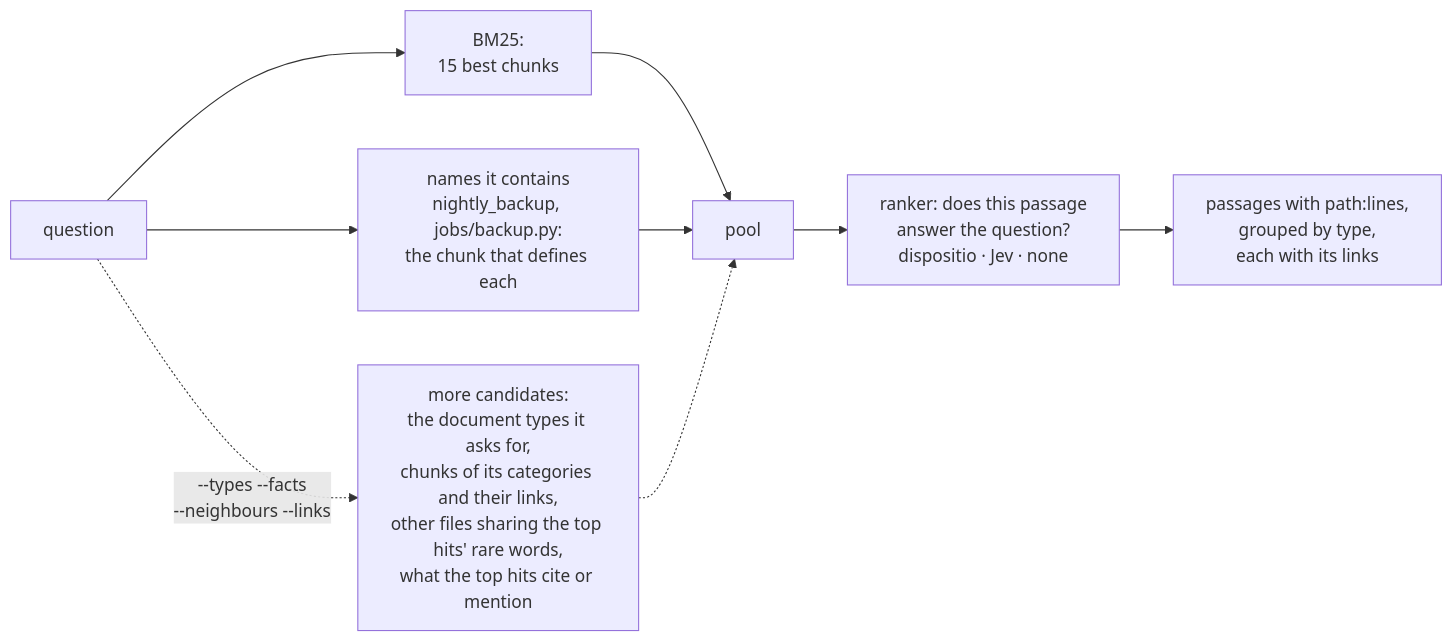
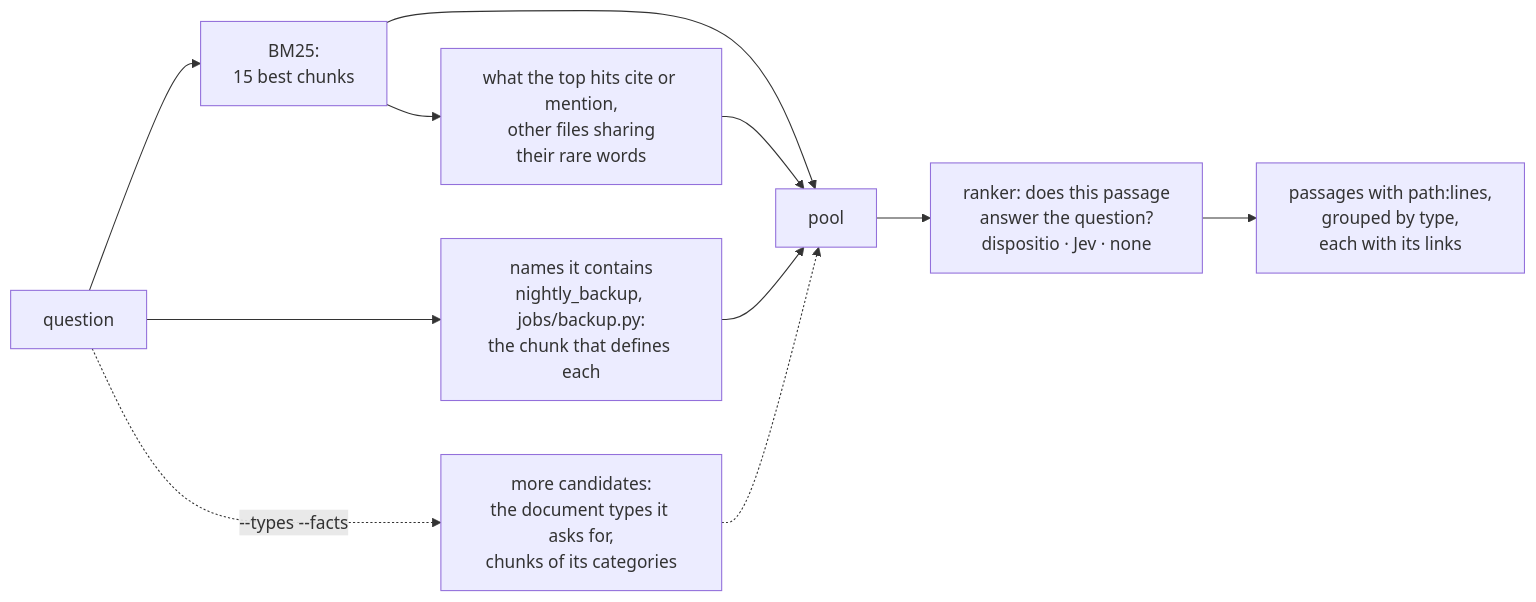
One commit to minhquan23102000/inventio changed the third of 3 diagrams in README.md. Above: the diagram before and after it, drawn with Mermaid. The commit also changed other lines of this file and 3 other files, not shown here.

First line of the commit message:
query: links and neighbours on by default with a ranker

````diff
--- a/README.md
+++ b/README.md
@@ -136,7 +136,8 @@
 ```mermaid
 flowchart LR
     Q["question"] --> B["BM25:<br/>15 best chunks"] --> P["pool"]
     Q --> N["names it contains<br/>nightly_backup, jobs/backup.py:<br/>the chunk that defines each"] --> P
-    Q -. "--types --facts<br/>--neighbours --links" .-> W["more candidates:<br/>the document types it asks for,<br/>chunks of its categories and their links,<br/>other files sharing the top hits' rare words,<br/>what the top hits cite or mention"] -.-> P
+    Q -. "--types --facts" .-> W["more candidates:<br/>the document types it asks for,<br/>chunks of its categories"] -.-> P
+    B --> L["what the top hits cite or mention,<br/>other files sharing<br/>their rare words"] --> P
     P --> R["ranker: does this passage<br/>answer the question?<br/>dispositio · Jev · none"] --> O["passages with path:lines,<br/>grouped by type,<br/>each with its links"]
 ```
````
